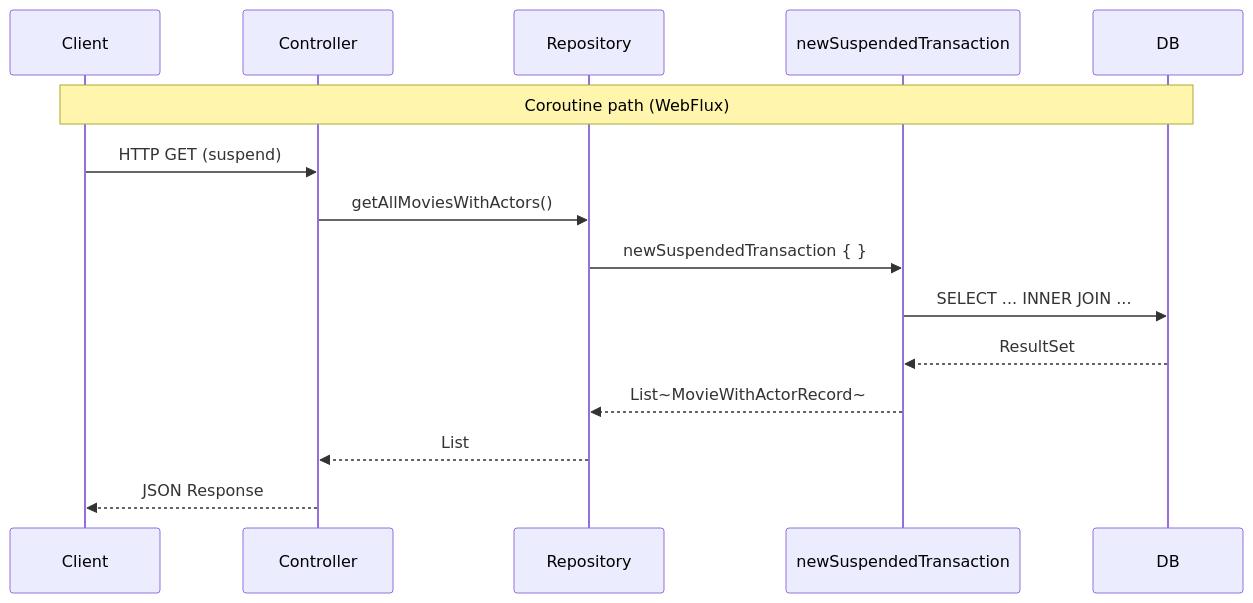
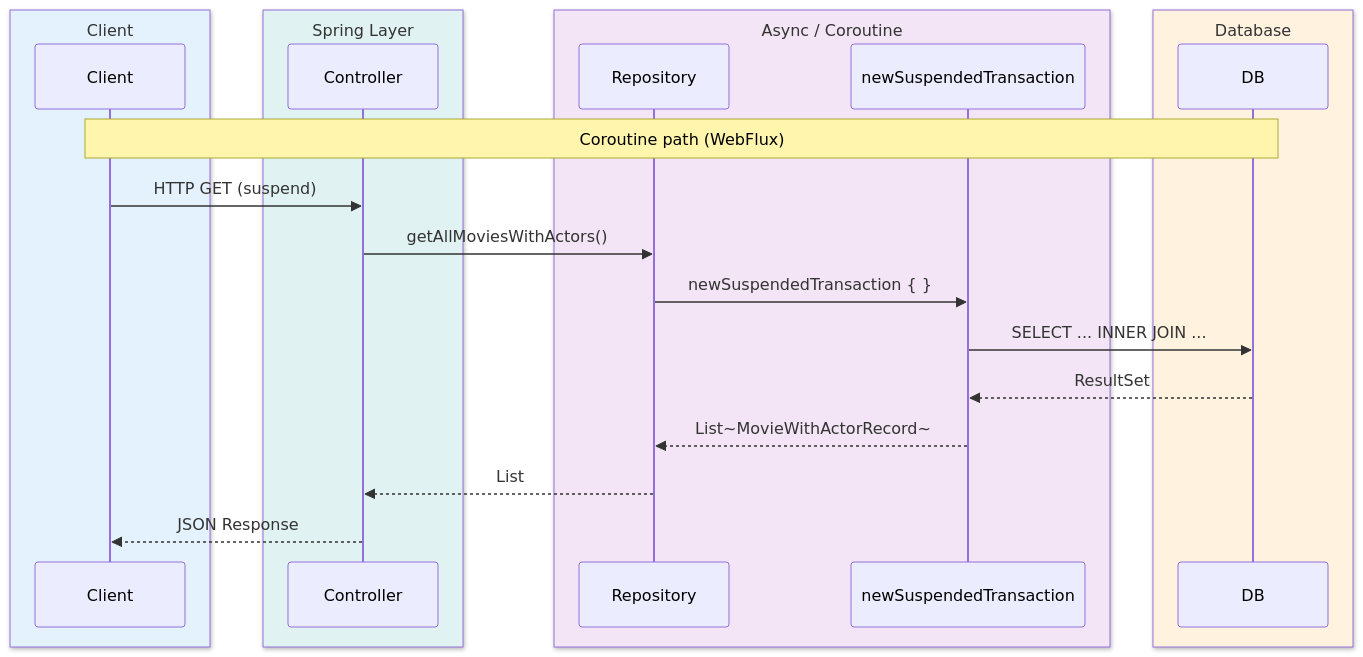
The third of 3 diagrams in 09-spring/05-exposed-repository-coroutines/README.md (bluetape4k/exposed-workshop), drawn with Mermaid before and after one commit. The commit also changed 43 other files, not shown here.

First line of the commit message:
docs: sequence diagram에 box rgb() 파스텔 영역 적용

````diff
--- a/09-spring/05-exposed-repository-coroutines/README.md
+++ b/09-spring/05-exposed-repository-coroutines/README.md
@@ -155,19 +155,27 @@
 ```mermaid
-%%{init: {"theme": "neutral", "themeVariables": {"fontFamily": "'Comic Mono', 'goorm sans code', 'JetBrains Mono', 'goorm sans'", "actorBkg": "#E3F2FD", "actorBorder": "#90CAF9", "actorTextColor": "#1565C0", "actorLineColor": "#90CAF9", "activationBkgColor": "#E8F5E9", "activationBorderColor": "#A5D6A7", "labelBoxBkgColor": "#FFF3E0", "labelBoxBorderColor": "#FFCC80", "labelTextColor": "#E65100", "loopTextColor": "#6A1B9A", "noteBkgColor": "#F3E5F5", "noteBorderColor": "#CE93D8", "noteTextColor": "#6A1B9A", "signalColor": "#1565C0", "signalTextColor": "#1565C0"}}}%%
+%%{init: {"theme": "neutral", "themeVariables": {"fontFamily": "'Comic Mono', 'goorm sans code', 'JetBrains Mono', 'goorm sans'"}}}%%
 sequenceDiagram
-    participant Client
-    participant Controller
-    participant Repository
-    participant STM as newSuspendedTransaction
-    participant DB
+    box rgb(227, 242, 253) Client
+        participant Client
+    end
+    box rgb(224, 242, 241) Spring Layer
+        participant Controller
+    end
+    box rgb(243, 229, 245) Async / Coroutine
+        participant Repository
+        participant STM as newSuspendedTransaction
+    end
+    box rgb(255, 243, 224) Database
+        participant DB
+    end
 
     Note over Client,DB: Coroutine path (WebFlux)
     Client->>Controller: HTTP GET (suspend)
     Controller->>Repository: getAllMoviesWithActors()
     Repository->>STM: newSuspendedTransaction { }
     STM->>DB: SELECT ... INNER JOIN ...
     DB-->>STM: ResultSet
     STM-->>Repository: List~MovieWithActorRecord~
     Repository-->>Controller: List
     Controller-->>Client: JSON Response
 ```
````
